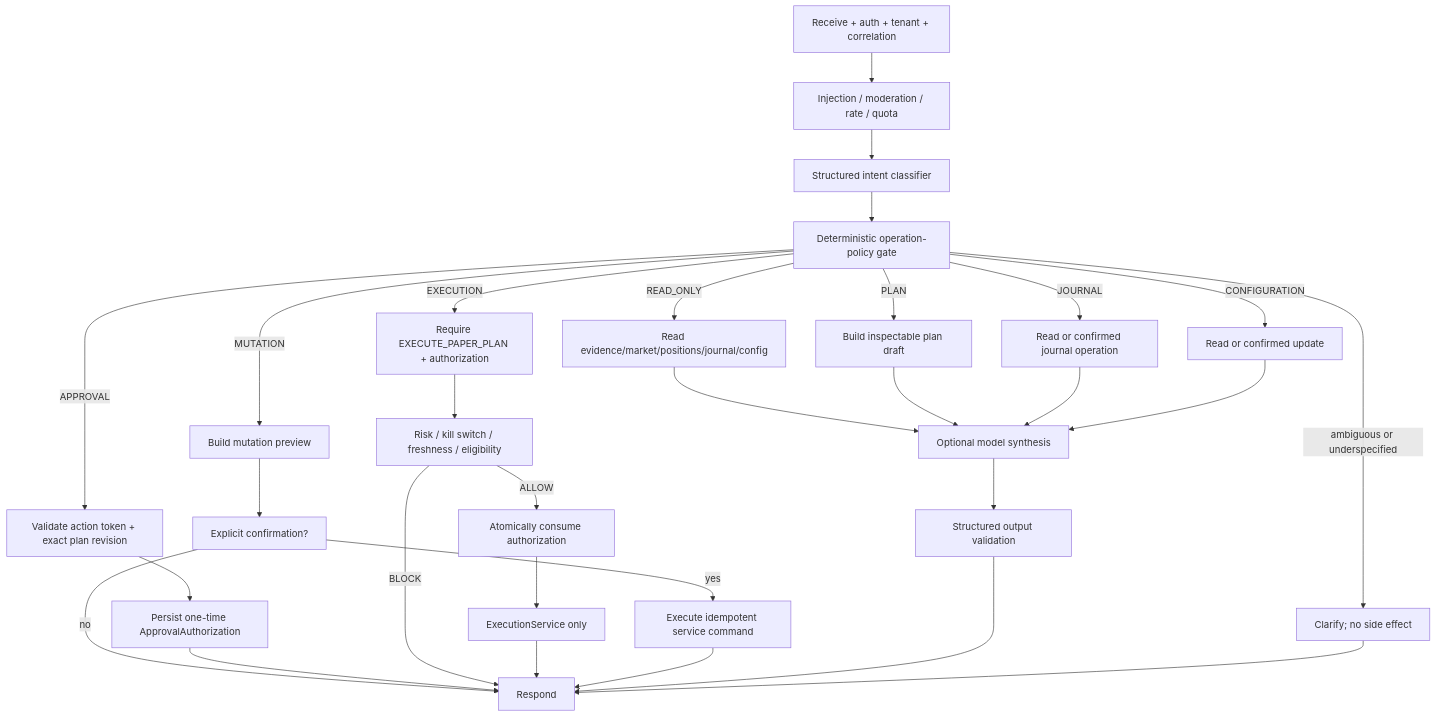
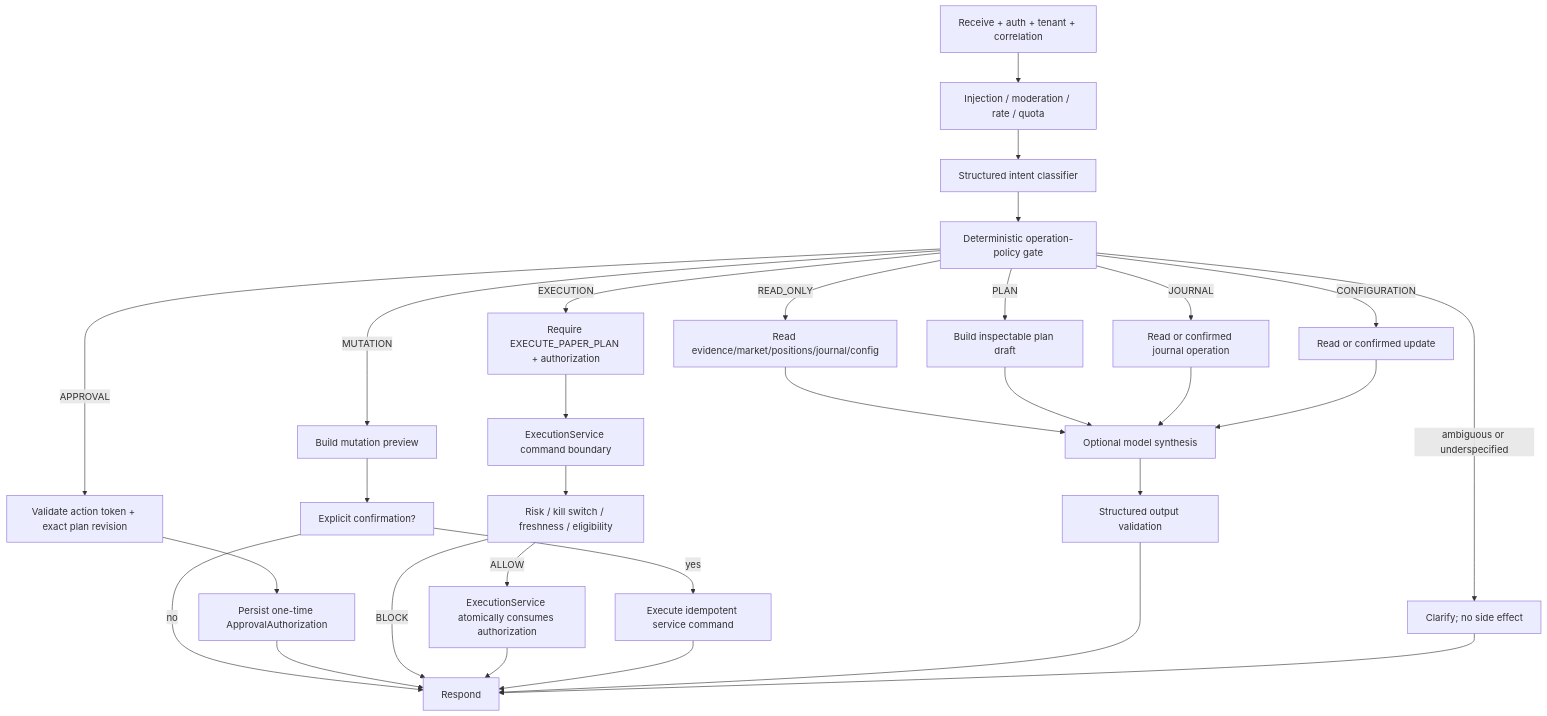
The third of 6 diagrams in docs/redesign/agentic_redesign_target_architecture.md (Fejjii/AlphaTrade-AI), drawn with Mermaid before and after one commit.

Commit message:
docs: align execution graph authority

````diff
--- a/docs/redesign/agentic_redesign_target_architecture.md
+++ b/docs/redesign/agentic_redesign_target_architecture.md
@@ -199,32 +199,32 @@
 ```mermaid
 flowchart TD
     RCV["Receive + auth + tenant + correlation"] --> GRD["Injection / moderation / rate / quota"]
     GRD --> IC["Structured intent classifier"]
     IC --> POL["Deterministic operation-policy gate"]
     POL -->|ambiguous or underspecified| CLAR["Clarify; no side effect"]
     POL -->|READ_ONLY| READ["Read evidence/market/positions/journal/config"]
     POL -->|PLAN| PLAN["Build inspectable plan draft"]
     POL -->|MUTATION| PREVIEW["Build mutation preview"]
     POL -->|APPROVAL| APPA["Validate action token + exact plan revision"]
     POL -->|EXECUTION| EXEG["Require EXECUTE_PAPER_PLAN + authorization"]
     POL -->|CONFIGURATION| CFG["Read or confirmed update"]
     POL -->|JOURNAL| JOP["Read or confirmed journal operation"]
     PREVIEW --> CONF["Explicit confirmation?"]
     CONF -->|no| RESP["Respond"]
     CONF -->|yes| MUT["Execute idempotent service command"]
     APPA --> AUTHZ["Persist one-time ApprovalAuthorization"]
     AUTHZ --> RESP
-    EXEG --> RISK["Risk / kill switch / freshness / eligibility"]
+    EXEG --> ES["ExecutionService command boundary"]
+    ES --> RISK["Risk / kill switch / freshness / eligibility"]
     RISK -->|BLOCK| RESP
-    RISK -->|ALLOW| CONS["Atomically consume authorization"]
-    CONS --> ES["ExecutionService only"]
-    ES --> RESP
+    RISK -->|ALLOW| CONS["ExecutionService atomically consumes authorization"]
+    CONS --> RESP
     READ --> SYN["Optional model synthesis"]
     PLAN --> SYN
     JOP --> SYN
     CFG --> SYN
     MUT --> RESP
     SYN --> VAL["Structured output validation"]
     VAL --> RESP
     CLAR --> RESP
 ```
````
